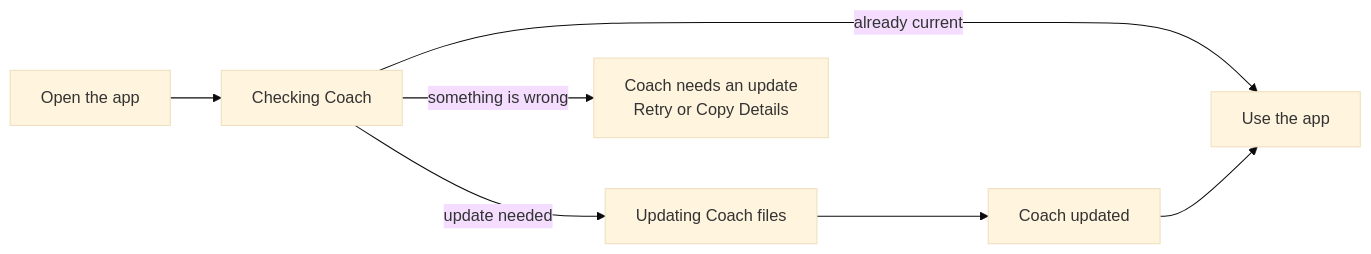
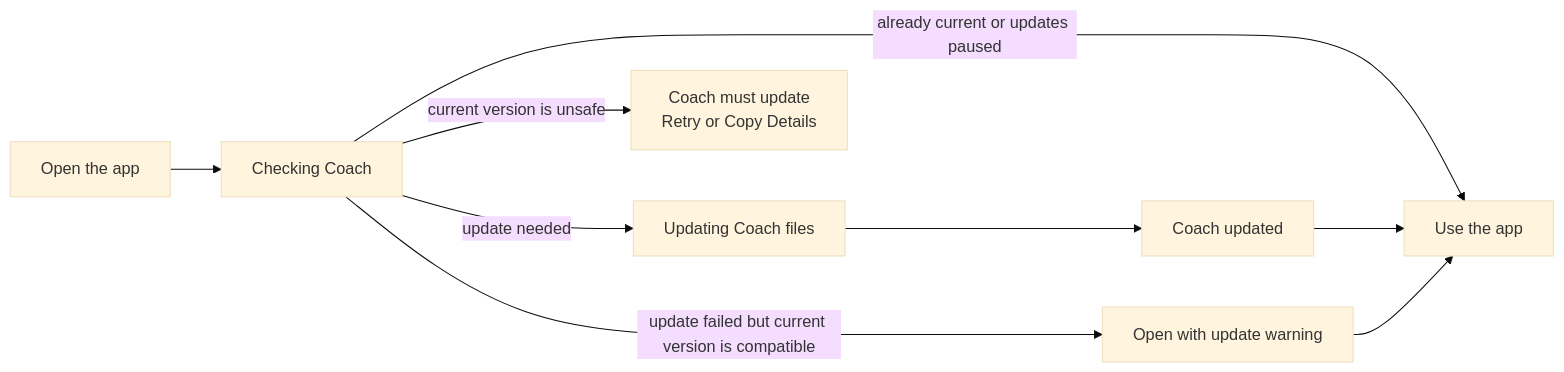
The first of 2 diagrams in docs/plans/platform-athlete-repo-updates-v1.md (sibling-shipyard/coach-hq), drawn with Mermaid (base theme) before and after one commit. The commit also changed other lines of this file and 1 other file, not shown here.

````diff
--- a/docs/plans/platform-athlete-repo-updates-v1.md
+++ b/docs/plans/platform-athlete-repo-updates-v1.md
@@ -16,8 +17,8 @@
 ```mermaid
 flowchart LR
   open["Open the app"] --> check["Checking Coach"]
-  check -->|already current| app["Use the app"]
-  check -->|update needed| update["Updating Coach files"]
-  update --> done["Coach updated"] --> app
-  check -->|something is wrong| blocked["Coach needs an update<br/>Retry or Copy Details"]
+  check -->|already current or updates paused| app["Use the app"]
+  check -->|update needed| update["Updating Coach files"] --> done["Coach updated"] --> app
+  check -->|update failed but current version is compatible| warning["Open with update warning"] --> app
+  check -->|current version is unsafe| blocked["Coach must update<br/>Retry or Copy Details"]
 ```
````
